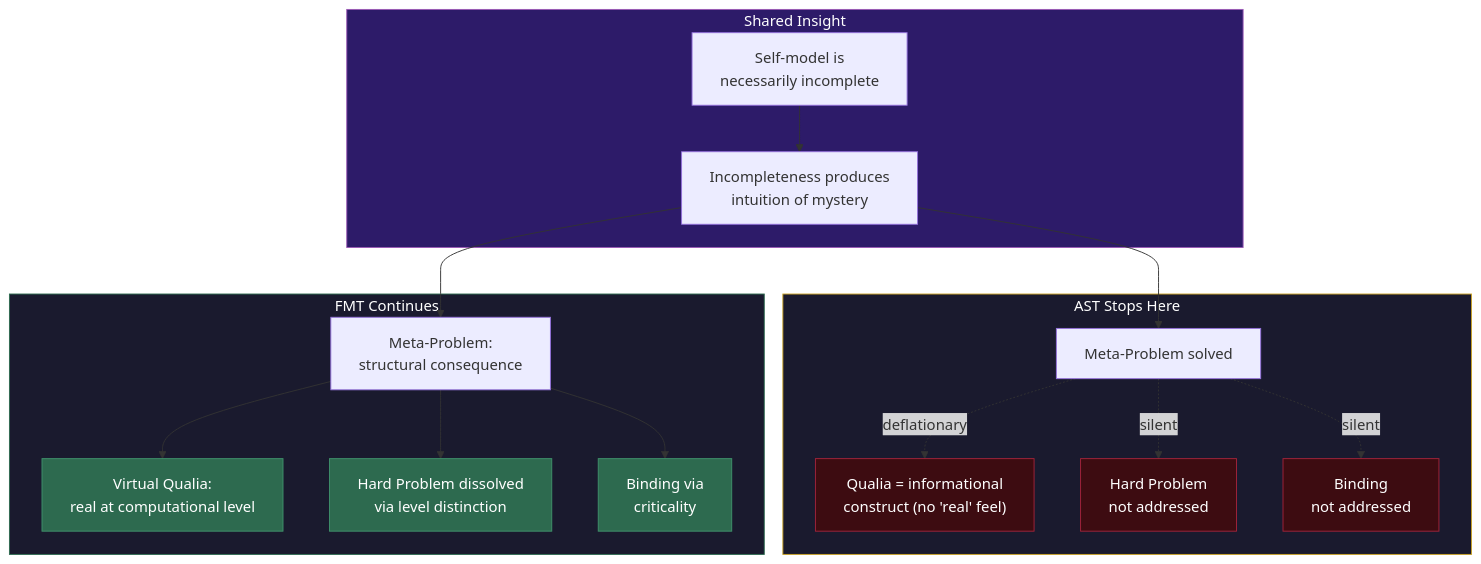
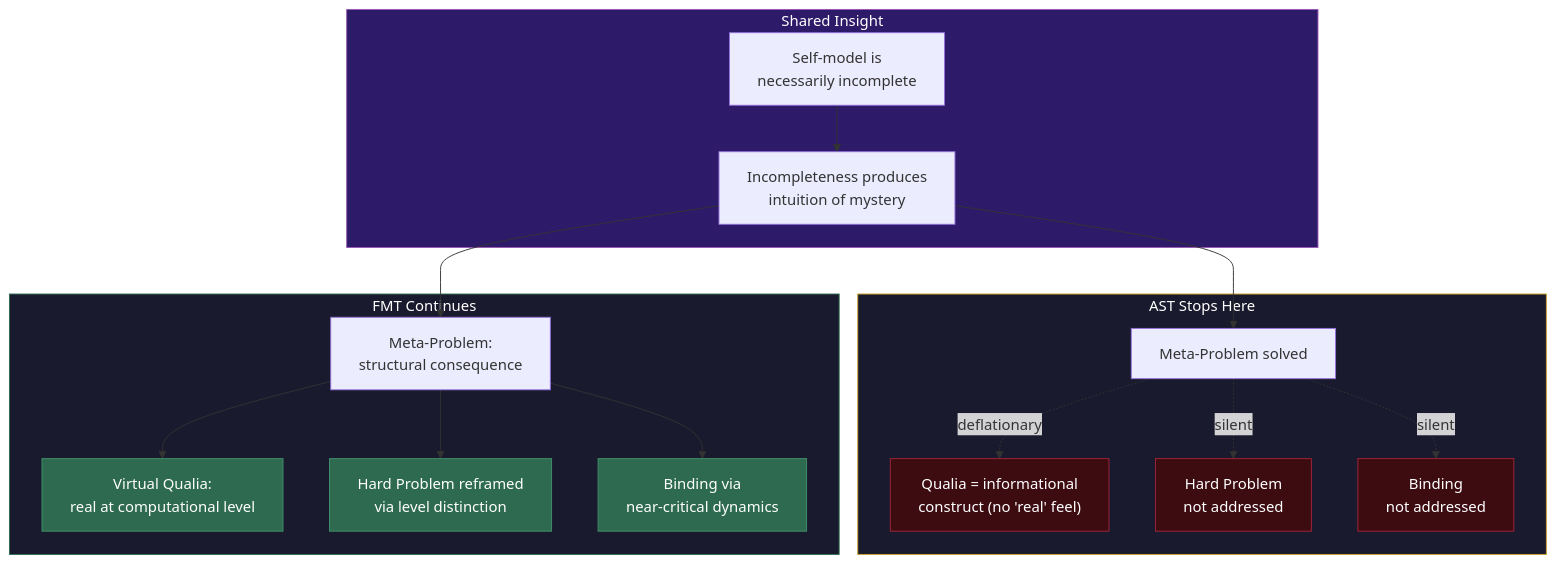
Before and after one commit to JeltzProstetnic/aIware: the diagram in wiki/comparative/vs-ast.md, drawn with Mermaid. The commit also changed other lines of this file and 124 other files, not shown here.

````diff
--- a/wiki/comparative/vs-ast.md
+++ b/wiki/comparative/vs-ast.md
@@ -47,32 +47,32 @@
 ```mermaid
 graph TB
     subgraph SHARED["Shared Insight"]
         S1["Self-model is<br/>necessarily incomplete"]
         S2["Incompleteness produces<br/>intuition of mystery"]
         S1 --> S2
     end
 
     subgraph AST_SCOPE["AST Stops Here"]
         S2 --> A1["Meta-Problem solved"]
         A1 -.->|"deflationary"| A2["Qualia = informational<br/>construct (no 'real' feel)"]
         A1 -.->|"silent"| A3["Hard Problem<br/>not addressed"]
         A1 -.->|"silent"| A4["Binding<br/>not addressed"]
     end
 
     subgraph FMT_SCOPE["FMT Continues"]
         S2 --> F1["Meta-Problem:<br/>structural consequence"]
         F1 --> F2["Virtual Qualia:<br/>real at computational level"]
-        F1 --> F3["Hard Problem dissolved<br/>via level distinction"]
-        F1 --> F4["Binding via<br/>criticality"]
+        F1 --> F3["Hard Problem reframed<br/>via level distinction"]
+        F1 --> F4["Binding via<br/>near-critical dynamics"]
     end
 
     style SHARED fill:#2d1b69,stroke:#9b59b6,color:#fff
     style AST_SCOPE fill:#1a1a2e,stroke:#c9a227,color:#fff
     style FMT_SCOPE fill:#1a1a2e,stroke:#2d6a4f,color:#fff
     style A2 fill:#3d0c11,stroke:#a4243b,color:#fff
     style A3 fill:#3d0c11,stroke:#a4243b,color:#fff
     style A4 fill:#3d0c11,stroke:#a4243b,color:#fff
     style F2 fill:#2d6a4f,stroke:#40916c,color:#fff
     style F3 fill:#2d6a4f,stroke:#40916c,color:#fff
     style F4 fill:#2d6a4f,stroke:#40916c,color:#fff
 ```
````
